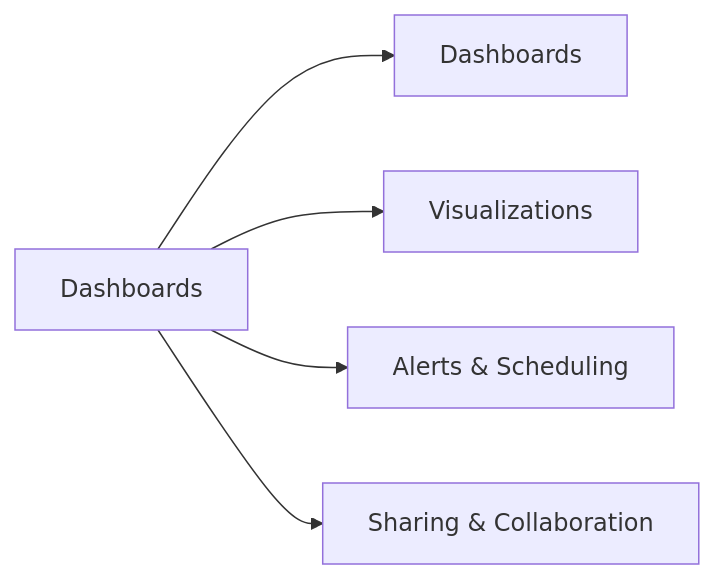
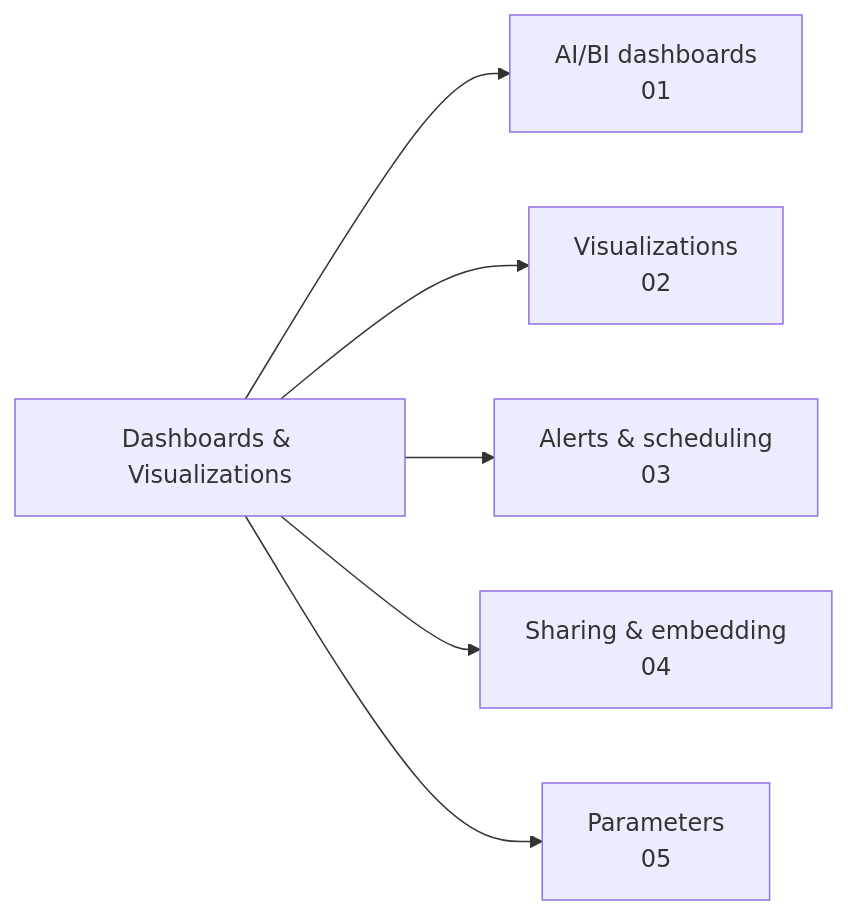
The diagram in certifications/data-analyst-associate/02-creating-dashboards-and-visualizations/README.md (kengio/databricks-certification-study-guide), drawn with Mermaid before and after one commit. The commit also changed other lines of this file and 66 other files, not shown here.

````diff
--- a/certifications/data-analyst-associate/02-creating-dashboards-and-visualizations/README.md
+++ b/certifications/data-analyst-associate/02-creating-dashboards-and-visualizations/README.md
@@ -17,7 +17,8 @@
 ```mermaid
 flowchart LR
-    CD[Dashboards] --> DB[Dashboards]
-    CD --> Viz[Visualizations]
-    CD --> AS[Alerts & Scheduling]
-    CD --> Share[Sharing & Collaboration]
+    CD[Dashboards & Visualizations] --> DB[AI/BI dashboards<br/>01]
+    CD --> Viz[Visualizations<br/>02]
+    CD --> AS[Alerts & scheduling<br/>03]
+    CD --> Share[Sharing & embedding<br/>04]
+    CD --> Param[Parameters<br/>05]
 ```
````
